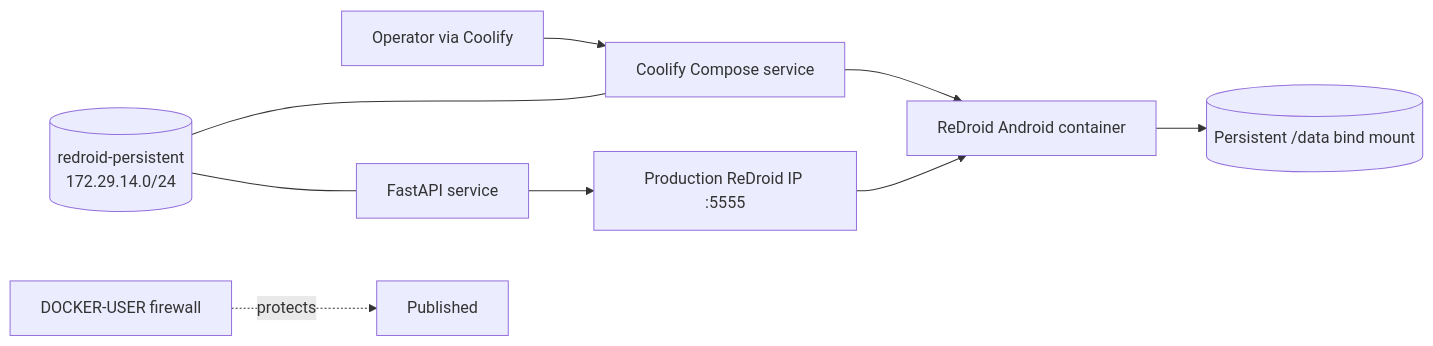
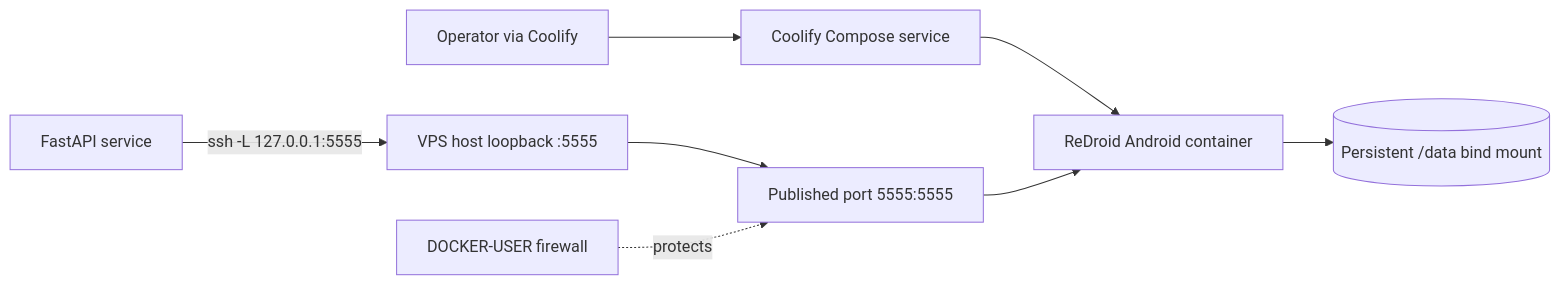
One commit to rishi058/REDROID changed the first of 4 diagrams in KernelSU_setup/coolify/setup-guide-coolify.md. Above: the diagram before and after it, drawn with Mermaid. The commit also changed other lines of this file and 3 other files, not shown here.

Commit message:
feat: update Docker Compose and scripts to remove redroid-persistent network and adjust ADB connection method

````diff
--- a/KernelSU_setup/coolify/setup-guide-coolify.md
+++ b/KernelSU_setup/coolify/setup-guide-coolify.md
@@ -166,11 +164,10 @@
 ```mermaid
 flowchart LR
     Operator[Operator via Coolify] --> Compose[Coolify Compose service]
     Compose --> Android[ReDroid Android container]
     Android --> Data[(Persistent /data bind mount)]
-    API[FastAPI service] --> Direct[Production ReDroid IP :5555]
-    Direct --> Android
-    Network[(redroid-persistent\n172.29.14.0/24)] --- Compose
-    Network --- API
+    API[FastAPI service] -->|"ssh -L 127.0.0.1:5555"| Host[VPS host loopback :5555]
+    Host --> Published[Published port 5555:5555]
+    Published --> Android
     Firewall[DOCKER-USER firewall] -. protects .-> Published
 ```
````
